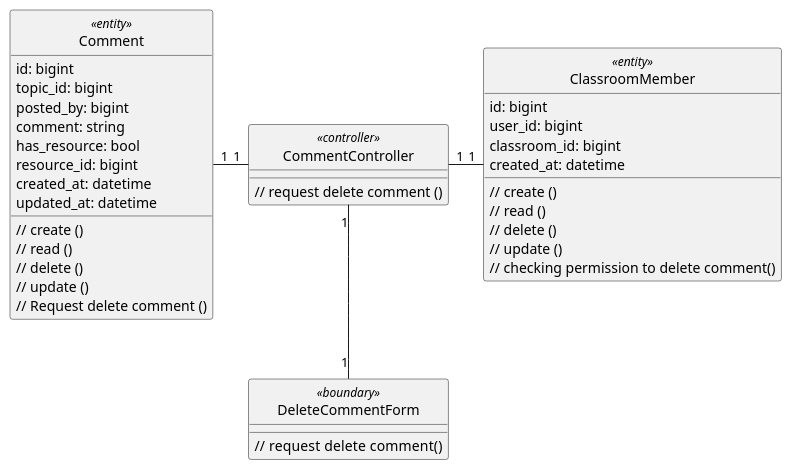
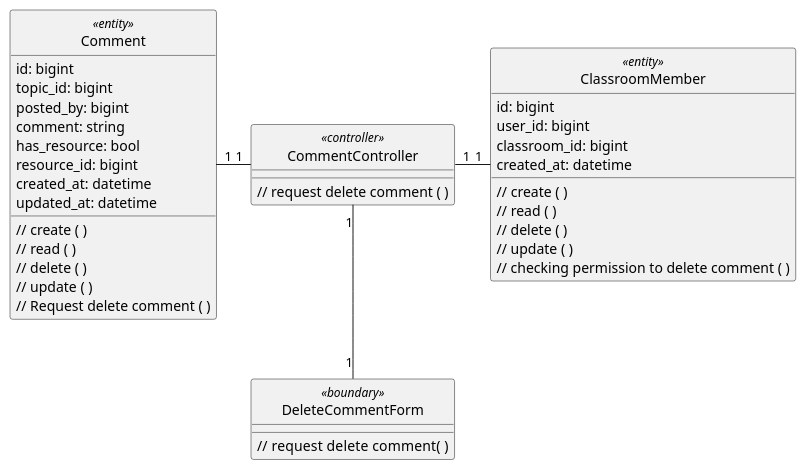
Before and after one commit to anonyhostvn/OOAD-Diagram: the diagram in class - analysis/comment/deleteComment.plantuml, drawn with PlantUML. The commit also changed 16 other files, not shown here.

```diff
--- a/class - analysis/comment/deleteComment.plantuml
+++ b/class - analysis/comment/deleteComment.plantuml
@@ -1,51 +1,51 @@
 @startuml deleteComment
 
 class Comment <<entity>> {
     id: bigint
     topic_id: bigint
     posted_by: bigint
     comment: string
     has_resource: bool
     resource_id: bigint
     created_at: datetime
     updated_at: datetime
 
-    // create ()
-    // read ()
-    // delete ()
-    // update ()
-    // Request delete comment ()
+    // create ( )
+    // read ( )
+    // delete ( )
+    // update ( )
+    // Request delete comment ( )
 }
 
 class ClassroomMember <<entity>> {
     id: bigint
     user_id: bigint
     classroom_id: bigint
     created_at: datetime
 
-    // create ()
-    // read ()
-    // delete ()
-    // update ()
-    // checking permission to delete comment()
+    // create ( )
+    // read ( )
+    // delete ( )
+    // update ( )
+    // checking permission to delete comment ( )
 }
 
 class DeleteCommentForm <<boundary>> {
-    // request delete  comment()
+    // request delete  comment( )
 }
 
 class CommentController <<controller>> {
-    // request delete comment ()
+    // request delete comment ( )
 }
 
 hide Comment <<entity>> circle
 hide DeleteCommentForm <<boundary>> circle
 hide CommentController <<controller>> circle
 
 CommentController "1" -left- "1" Comment
 CommentController "1" -right- "1" ClassroomMember
 CommentController "1" -down- "1" DeleteCommentForm
 
 
 
 @enduml
```
